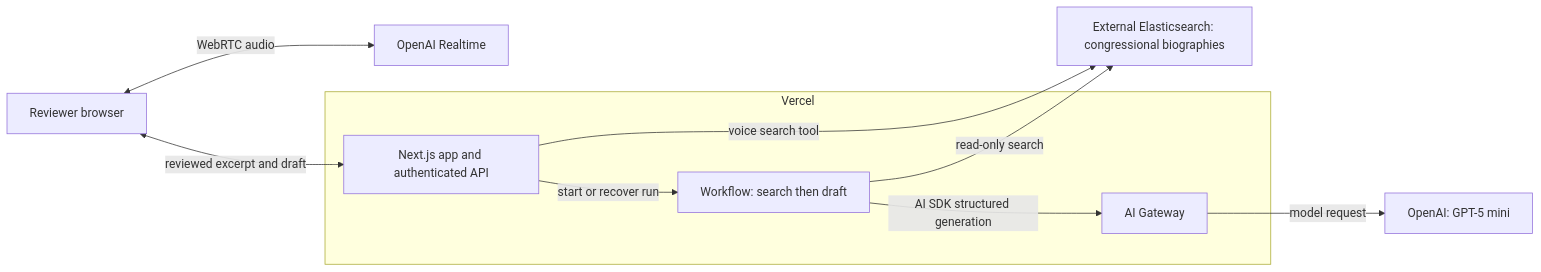
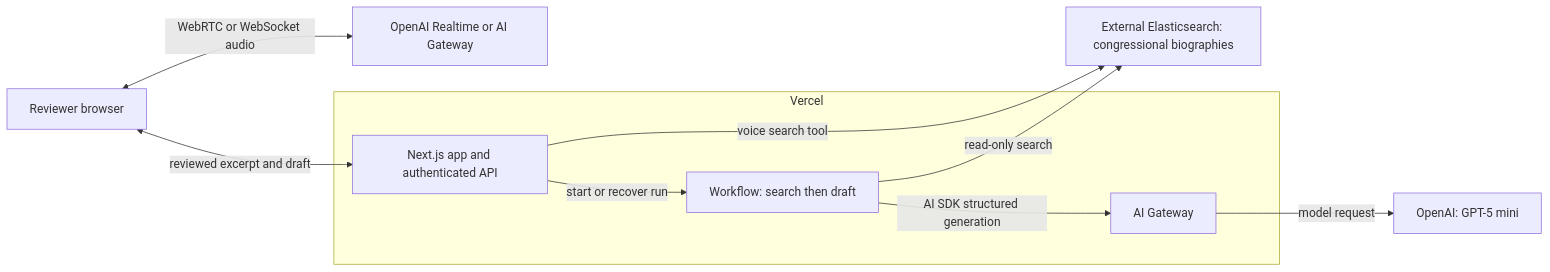
Before and after one commit to matthecarl/FedFlow: the second of 2 diagrams in docs/assessment.md, drawn with Mermaid. The commit also changed other lines of this file and 23 other files, not shown here.

````diff
--- a/docs/assessment.md
+++ b/docs/assessment.md
@@ -13,19 +13,19 @@
 ```mermaid
 flowchart LR
   Browser[Reviewer browser]
-  Voice[OpenAI Realtime]
+  Voice[OpenAI Realtime or AI Gateway]
   DraftModel[OpenAI: GPT-5 mini]
   Elastic[External Elasticsearch: congressional biographies]
   subgraph Vercel
     App[Next.js app and authenticated API]
     Work[Workflow: search then draft]
     Gateway[AI Gateway]
   end
-  Browser <-->|WebRTC audio| Voice
+  Browser <-->|WebRTC or WebSocket audio| Voice
   Browser <-->|reviewed excerpt and draft| App
   App -->|voice search tool| Elastic
   App -->|start or recover run| Work
   Work -->|read-only search| Elastic
   Work -->|AI SDK structured generation| Gateway
   Gateway -->|model request| DraftModel
 ```
````
